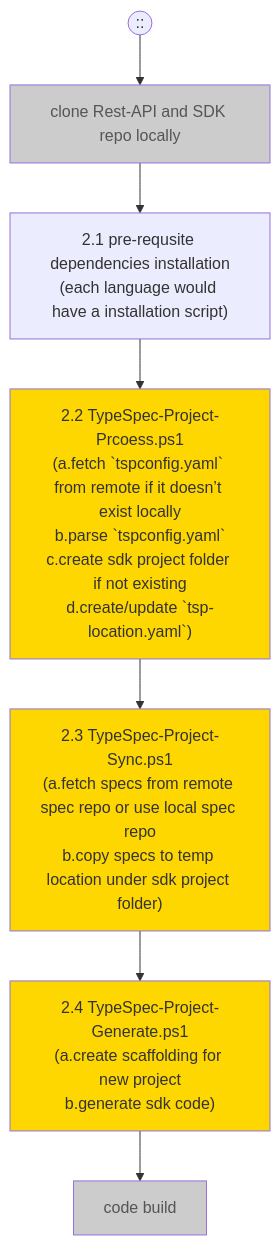
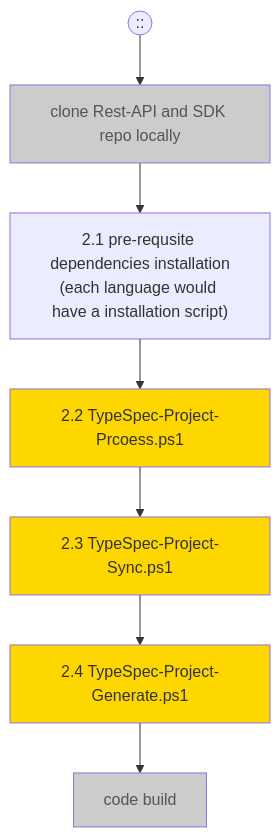
The second of 5 diagrams in documentation/typespec-end-to-end-scenarios.md (Azure/azure-rest-api-specs), drawn with Mermaid before and after one commit. The commit also changed other lines of this file, not shown here.

````diff
--- a/documentation/typespec-end-to-end-scenarios.md
+++ b/documentation/typespec-end-to-end-scenarios.md
@@ -64,24 +64,15 @@
 ```mermaid
 flowchart TD
 classDef highlight fill:#ffd700
 classDef grey fill:#CCCCCC,color:#555555;
 User((::))-->A
 A["clone Rest-API and SDK repo locally"] --> B
 B["2.1 pre-requsite dependencies installation
 (each language would have a installation script)"] --> F
-F["2.2 TypeSpec-Project-Prcoess.ps1
-(a.fetch `tspconfig.yaml` from remote if it doesn’t exist locally
-b.parse `tspconfig.yaml`
-c.create sdk project folder if not existing
-d.create/update `tsp-location.yaml`)
-"] --> C
-C["2.3 TypeSpec-Project-Sync.ps1
-(a.fetch specs from remote spec repo or use local spec repo
-b.copy specs to temp location under sdk project folder)"] --> D
-D["2.4 TypeSpec-Project-Generate.ps1
-(a.create scaffolding for new project
-b.generate sdk code)"]
+F["2.2 TypeSpec-Project-Prcoess.ps1"] --> C
+C["2.3 TypeSpec-Project-Sync.ps1"] --> D
+D["2.4 TypeSpec-Project-Generate.ps1"]
 D-->E["code build"]
 class A,E grey
 class C,D,F highlight
 ```
````
